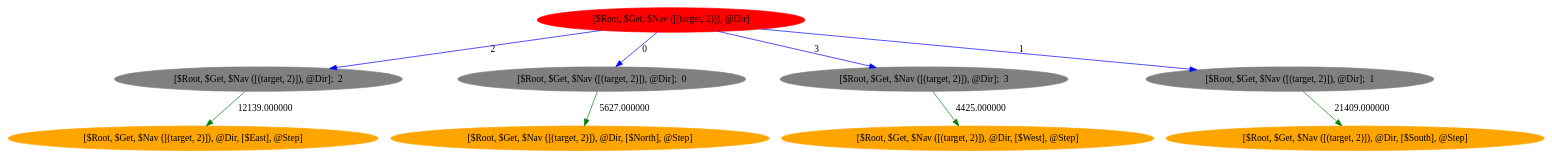
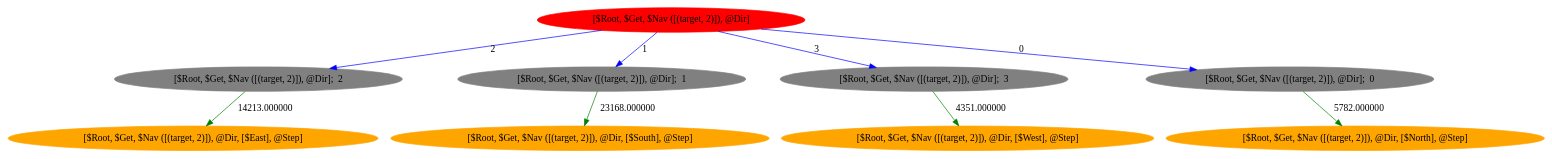
Before and after one commit to aijunbai/taxi: the diagram in data/hierarchicalfsm-int_(2, 0, 0, 0)_transitions.dot, drawn with Graphviz. The commit also changed 38 other files, not shown here.

```diff
--- a/data/hierarchicalfsm-int_(2, 0, 0, 0)_transitions.dot
+++ b/data/hierarchicalfsm-int_(2, 0, 0, 0)_transitions.dot
@@ -1,21 +1,21 @@
 Digraph "" {
 ratio=fill
 node [style=filled];
 	1 [label="[$Root, $Get, $Nav ([(target, 2)]), @Dir]"][color="red"];
 	2 [label="[$Root, $Get, $Nav ([(target, 2)]), @Dir];  2"][color="gray"];
 	3 [label="[$Root, $Get, $Nav ([(target, 2)]), @Dir, [$East], @Step]"][color="orange"];
-	4 [label="[$Root, $Get, $Nav ([(target, 2)]), @Dir];  0"][color="gray"];
-	5 [label="[$Root, $Get, $Nav ([(target, 2)]), @Dir, [$North], @Step]"][color="orange"];
+	4 [label="[$Root, $Get, $Nav ([(target, 2)]), @Dir];  1"][color="gray"];
+	5 [label="[$Root, $Get, $Nav ([(target, 2)]), @Dir, [$South], @Step]"][color="orange"];
 	6 [label="[$Root, $Get, $Nav ([(target, 2)]), @Dir];  3"][color="gray"];
 	7 [label="[$Root, $Get, $Nav ([(target, 2)]), @Dir, [$West], @Step]"][color="orange"];
-	8 [label="[$Root, $Get, $Nav ([(target, 2)]), @Dir];  1"][color="gray"];
-	9 [label="[$Root, $Get, $Nav ([(target, 2)]), @Dir, [$South], @Step]"][color="orange"];
-	1 -> 8 [color="blue"][label="1"];
+	8 [label="[$Root, $Get, $Nav ([(target, 2)]), @Dir];  0"][color="gray"];
+	9 [label="[$Root, $Get, $Nav ([(target, 2)]), @Dir, [$North], @Step]"][color="orange"];
+	1 -> 8 [color="blue"][label="0"];
 	1 -> 6 [color="blue"][label="3"];
-	1 -> 4 [color="blue"][label="0"];
+	1 -> 4 [color="blue"][label="1"];
 	1 -> 2 [color="blue"][label="2"];
-	2 -> 3 [color="green"][label="12139.000000"];
-	4 -> 5 [color="green"][label="5627.000000"];
-	6 -> 7 [color="green"][label="4425.000000"];
-	8 -> 9 [color="green"][label="21409.000000"];
+	2 -> 3 [color="green"][label="14213.000000"];
+	4 -> 5 [color="green"][label="23168.000000"];
+	6 -> 7 [color="green"][label="4351.000000"];
+	8 -> 9 [color="green"][label="5782.000000"];
 }
```
